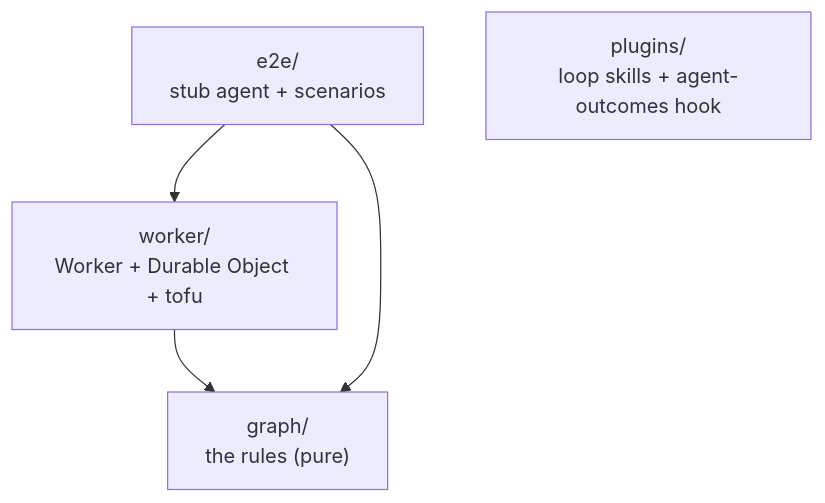
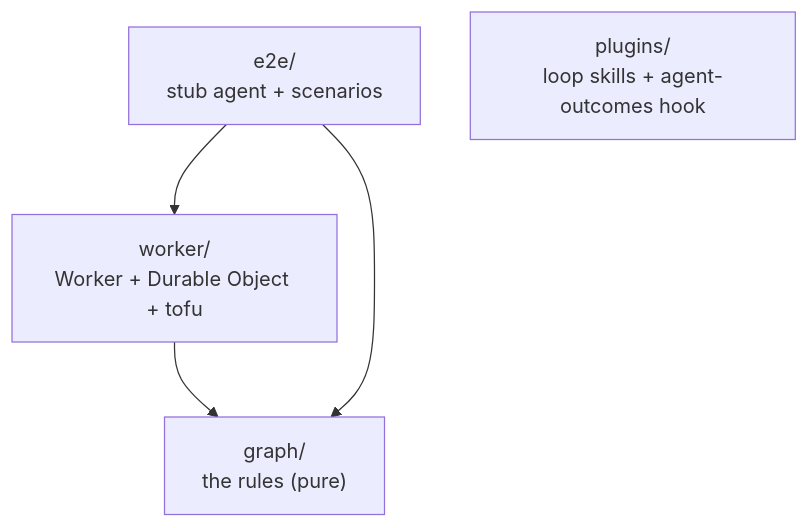
Before and after one commit to hifi-phil/umbraco-mcp-ops: the fourth of 5 diagrams in docs/agent-orchestration/04-architecture.md, drawn with Mermaid. The commit also changed other lines of this file, not shown here.

Commit message:
docs(agent-orchestration): diagrams top-down with more spacing, so they aren't squashed

````diff
--- a/docs/agent-orchestration/04-architecture.md
+++ b/docs/agent-orchestration/04-architecture.md
@@ -91,11 +93,12 @@
 ```mermaid
+%%{init: {"flowchart": {"nodeSpacing": 40, "rankSpacing": 60}}}%%
 flowchart TD
     G["graph/<br/>the rules (pure)"]
     W["worker/<br/>Worker + Durable Object + tofu"]
     E["e2e/<br/>stub agent + scenarios"]
     P["plugins/<br/>loop skills + agent-outcomes hook"]
 
     W --> G
     E --> W
     E --> G
 ```
````
